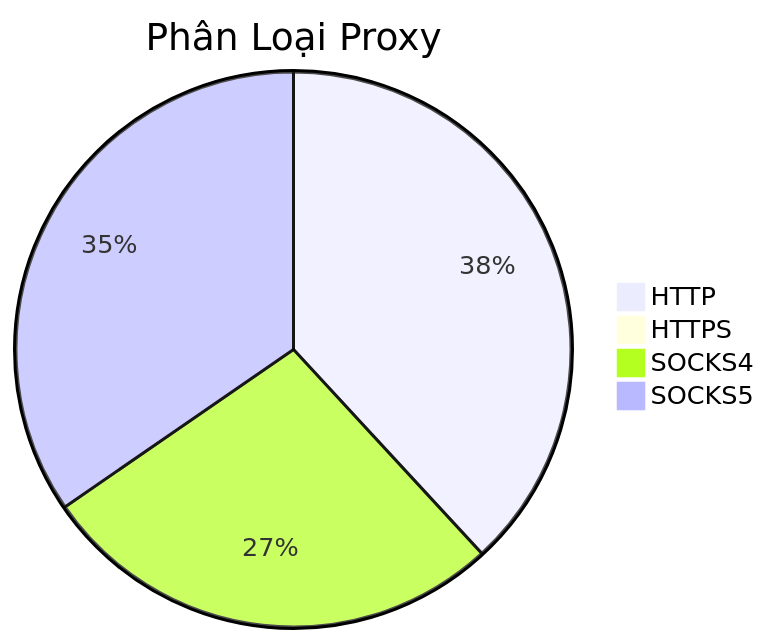
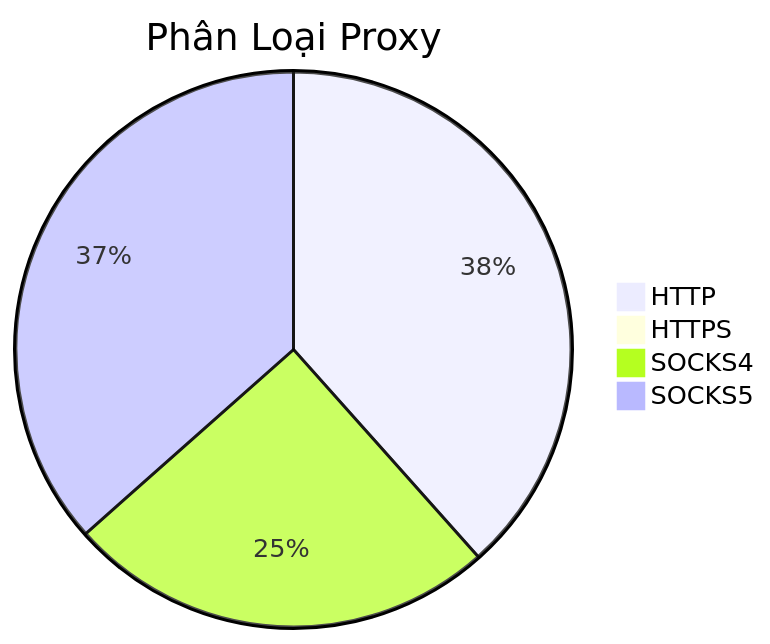
The diagram in README.md (Ciara-12/PROXY-free), drawn with Mermaid before and after one commit. The commit also changed other lines of this file and 4 other files, not shown here.

````diff
--- a/README.md
+++ b/README.md
@@ -26,7 +26,7 @@
 ```mermaid
 pie title Phân Loại Proxy
-    "HTTP" : 421
-    "HTTPS" : 1
-    "SOCKS4" : 301
-    "SOCKS5" : 382
+    "HTTP" : 411
+    "HTTPS" : 0
+    "SOCKS4" : 268
+    "SOCKS5" : 391
 ```
````
